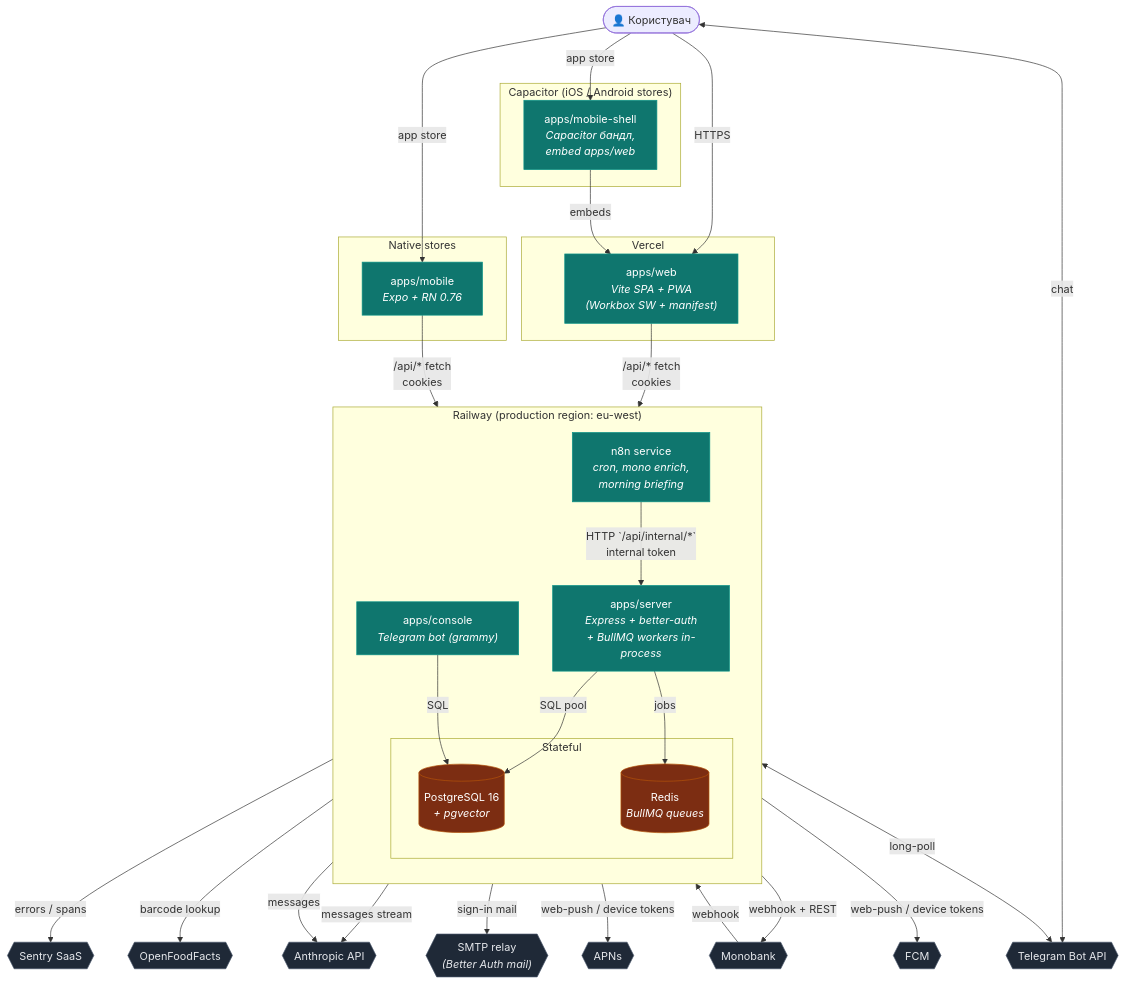
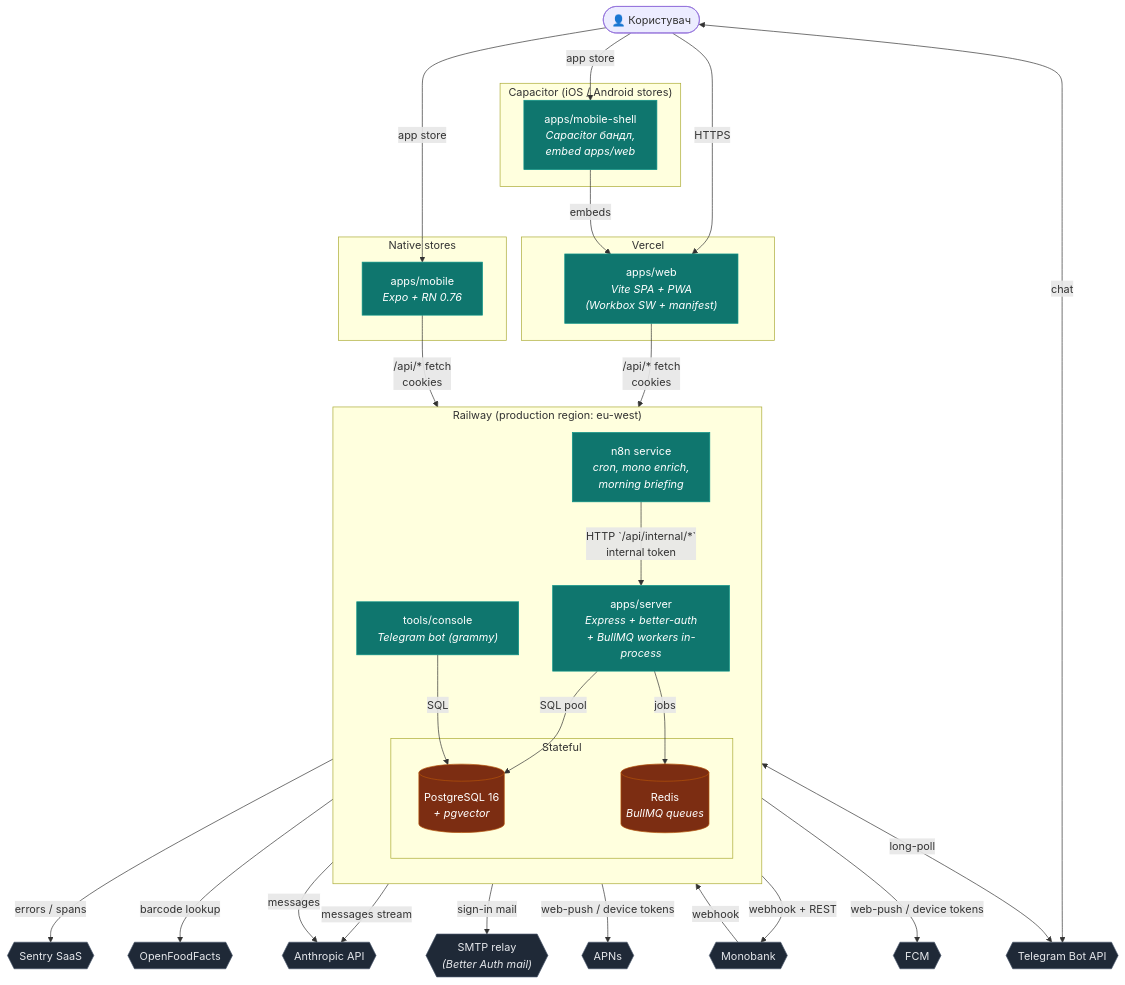
Before and after one commit to SkOrDs-02/sergeant: the diagram in docs/architecture/diagrams/c2-containers.md, drawn with Mermaid. The commit also changed 114 other files, not shown here.

Commit message:
chore(root): move apps/console to tools/console (0010 ankle-PR) (#1792)

````diff
--- a/docs/architecture/diagrams/c2-containers.md
+++ b/docs/architecture/diagrams/c2-containers.md
@@ -8,70 +8,70 @@
 ```mermaid
 flowchart TB
     User(["👤 Користувач"])
 
     subgraph Vercel["Vercel"]
         Web["apps/web<br/><i>Vite SPA + PWA<br/>(Workbox SW + manifest)</i>"]
     end
 
     subgraph Capacitor["Capacitor (iOS / Android stores)"]
         Shell["apps/mobile-shell<br/><i>Capacitor бандл,<br/>embed apps/web</i>"]
     end
 
     subgraph Native["Native stores"]
         Mobile["apps/mobile<br/><i>Expo + RN 0.76</i>"]
     end
 
     subgraph Railway["Railway (production region: eu-west)"]
         direction TB
         Server["apps/server<br/><i>Express + better-auth<br/>+ BullMQ workers in-process</i>"]
         N8N["n8n service<br/><i>cron, mono enrich,<br/>morning briefing</i>"]
-        Console["apps/console<br/><i>Telegram bot (grammy)</i>"]
+        Console["tools/console<br/><i>Telegram bot (grammy)</i>"]
 
         subgraph DB["Stateful"]
             PG[("PostgreSQL 16<br/><i>+ pgvector</i>")]
             R[("Redis<br/><i>BullMQ queues</i>")]
         end
     end
 
     Anthropic{{"Anthropic API"}}
     Sentry{{"Sentry SaaS"}}
     Mono{{"Monobank"}}
     OFF{{"OpenFoodFacts"}}
     SMTP{{"SMTP relay<br/><i>(Better Auth mail)</i>"}}
     APNs{{"APNs"}}
     FCM{{"FCM"}}
     Telegram{{"Telegram Bot API"}}
 
     User -->|HTTPS| Web
     User -->|app store| Shell
     User -->|app store| Mobile
     User <-->|chat| Telegram
 
     Web -->|/api/* fetch<br/>cookies| Server
     Mobile -->|/api/* fetch<br/>cookies| Server
     Shell -->|embeds| Web
 
     Server -->|SQL pool| PG
     Server -->|jobs| R
     Server -->|messages stream| Anthropic
     Server -->|errors / spans| Sentry
     Server -->|webhook + REST| Mono
     Server -->|barcode lookup| OFF
     Server -->|sign-in mail| SMTP
     Server -->|web-push / device tokens| APNs
     Server -->|web-push / device tokens| FCM
 
     N8N -->|HTTP `/api/internal/*`<br/>internal token| Server
     Mono -->|webhook| Server
 
     Console <-->|long-poll| Telegram
     Console -->|SQL| PG
     Console -->|messages| Anthropic
 
     classDef cont fill:#0f766e,stroke:#0d9488,color:#fff
     classDef store fill:#7c2d12,stroke:#b45309,color:#fff
     classDef ext fill:#1f2937,stroke:#475569,color:#e5e7eb
     class Web,Shell,Mobile,Server,N8N,Console cont
     class PG,R store
     class Anthropic,Sentry,Mono,OFF,SMTP,APNs,FCM,Telegram ext
 ```
````
